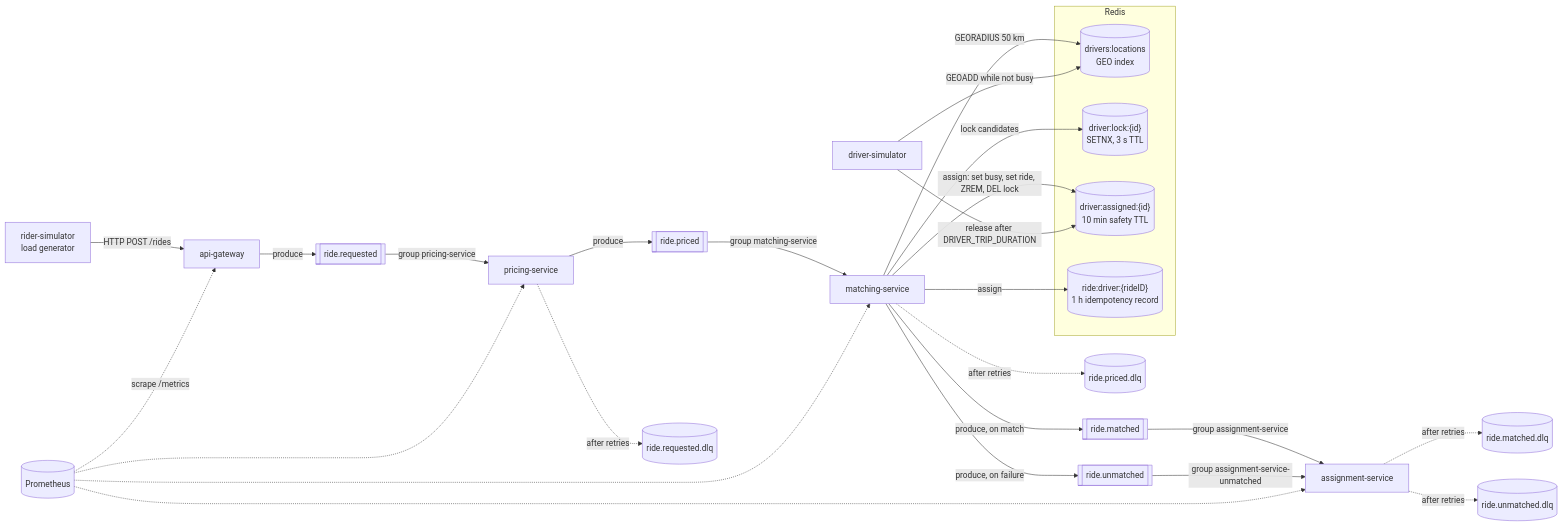
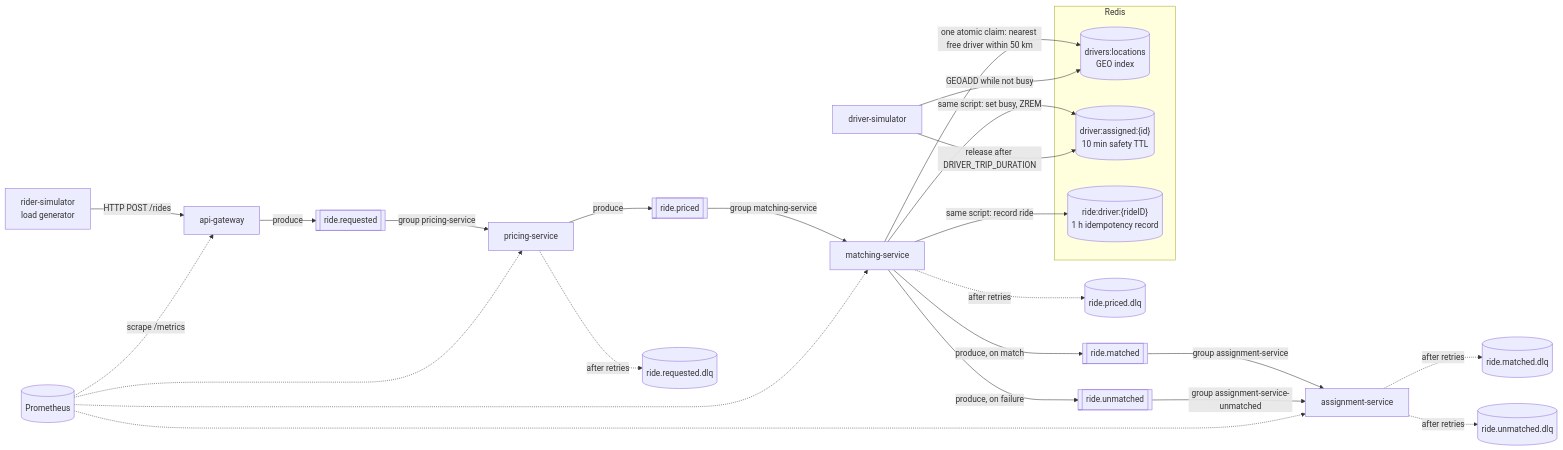
The first of 2 diagrams in README.md (coderconnoisseur/ridepulse), drawn with Mermaid before and after one commit. The commit also changed other lines of this file and 9 other files, not shown here.

````diff
--- a/README.md
+++ b/README.md
@@ -33,35 +33,33 @@
 ```mermaid
 flowchart LR
     RS["rider-simulator<br/>load generator"] -->|"HTTP POST /rides"| GW["api-gateway"]
     GW -->|"produce"| T1[["ride.requested"]]
     T1 -->|"group pricing-service"| PR["pricing-service"]
     PR -->|"produce"| T2[["ride.priced"]]
     T2 -->|"group matching-service"| MS["matching-service"]
     MS -->|"produce, on match"| T3[["ride.matched"]]
     MS -->|"produce, on failure"| T4[["ride.unmatched"]]
     T3 -->|"group assignment-service"| AS["assignment-service"]
     T4 -->|"group assignment-service-unmatched"| AS
 
     PR -.->|"after retries"| D1[("ride.requested.dlq")]
     MS -.->|"after retries"| D2[("ride.priced.dlq")]
     AS -.->|"after retries"| D3[("ride.matched.dlq")]
     AS -.->|"after retries"| D4[("ride.unmatched.dlq")]
 
     subgraph Redis
         GEO[("drivers:locations<br/>GEO index")]
-        LOCK[("driver:lock:{id}<br/>SETNX, 3 s TTL")]
         BUSY[("driver:assigned:{id}<br/>10 min safety TTL")]
         RIDE[("ride:driver:{rideID}<br/>1 h idempotency record")]
     end
-    MS -->|"GEORADIUS 50 km"| GEO
-    MS -->|"lock candidates"| LOCK
-    MS -->|"assign: set busy, set ride, ZREM, DEL lock"| BUSY
-    MS -->|"assign"| RIDE
+    MS -->|"one atomic claim: nearest free driver within 50 km"| GEO
+    MS -->|"same script: set busy, ZREM"| BUSY
+    MS -->|"same script: record ride"| RIDE
     DS["driver-simulator"] -->|"GEOADD while not busy"| GEO
     DS -->|"release after DRIVER_TRIP_DURATION"| BUSY
 
     PROM[("Prometheus")] -.->|"scrape /metrics"| GW
     PROM -.-> PR
     PROM -.-> MS
     PROM -.-> AS
 ```
````
